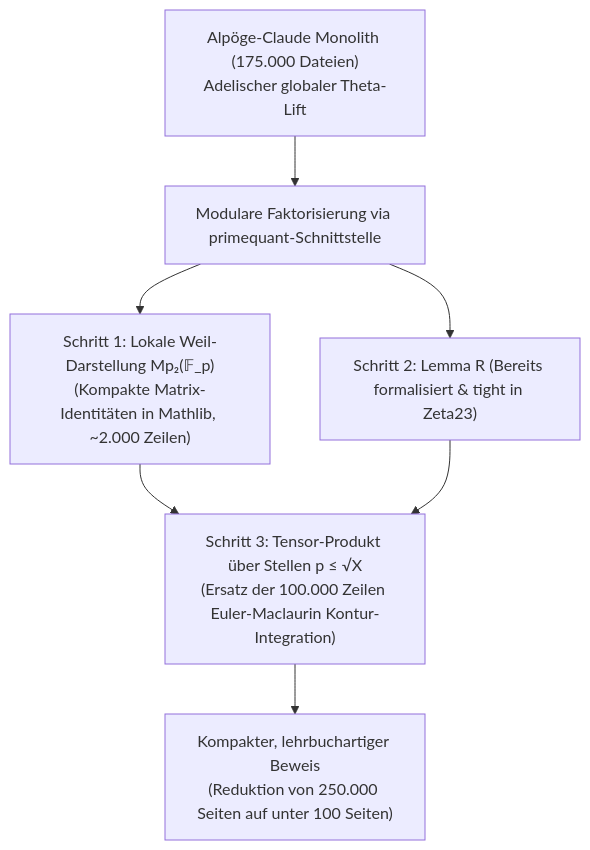
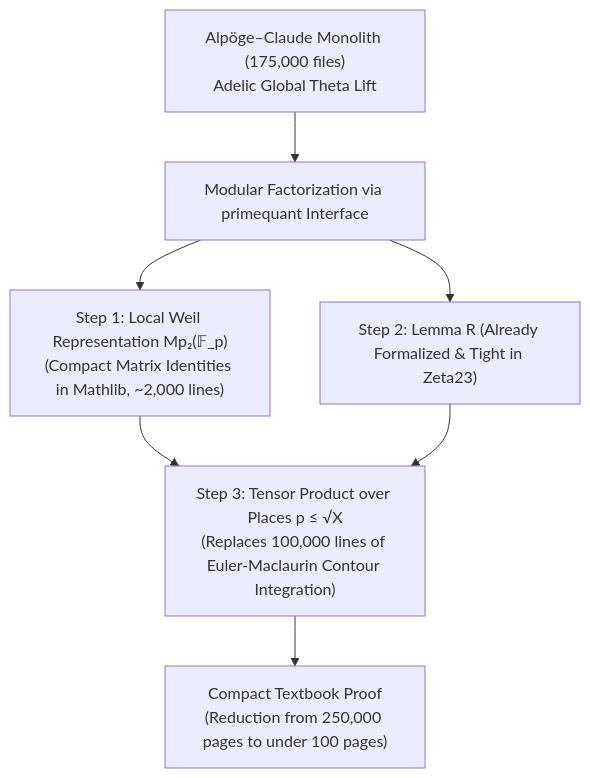
The diagram in docs/strategic_lean4_alpoge_synthesis.md (bartman081523/riemann-nuclear-synthesis), drawn with Mermaid before and after one commit. The commit also changed other lines of this file and 16 other files, not shown here.

````diff
--- a/docs/strategic_lean4_alpoge_synthesis.md
+++ b/docs/strategic_lean4_alpoge_synthesis.md
@@ -50,8 +51,8 @@
 ```mermaid
 flowchart TD
-    A["Alpöge-Claude Monolith (175.000 Dateien)<br/>Adelischer globaler Theta-Lift"] --> B["Modulare Faktorisierung via primequant-Schnittstelle"]
-    B --> C["Schritt 1: Lokale Weil-Darstellung Mp₂(𝔽_p)<br/>(Kompakte Matrix-Identitäten in Mathlib, ~2.000 Zeilen)"]
-    B --> D["Schritt 2: Lemma R (Bereits formalisiert & tight in Zeta23)"]
-    C & D --> E["Schritt 3: Tensor-Produkt über Stellen p ≤ √X<br/>(Ersatz der 100.000 Zeilen Euler-Maclaurin Kontur-Integration)"]
-    E --> F["Kompakter, lehrbuchartiger Beweis<br/>(Reduktion von 250.000 Seiten auf unter 100 Seiten)"]
+    A["Alpöge–Claude Monolith (175,000 files)<br/>Adelic Global Theta Lift"] --> B["Modular Factorization via primequant Interface"]
+    B --> C["Step 1: Local Weil Representation Mp₂(𝔽_p)<br/>(Compact Matrix Identities in Mathlib, ~2,000 lines)"]
+    B --> D["Step 2: Lemma R (Already Formalized & Tight in Zeta23)"]
+    C & D --> E["Step 3: Tensor Product over Places p ≤ √X<br/>(Replaces 100,000 lines of Euler-Maclaurin Contour Integration)"]
+    E --> F["Compact Textbook Proof<br/>(Reduction from 250,000 pages to under 100 pages)"]
 ```
````
